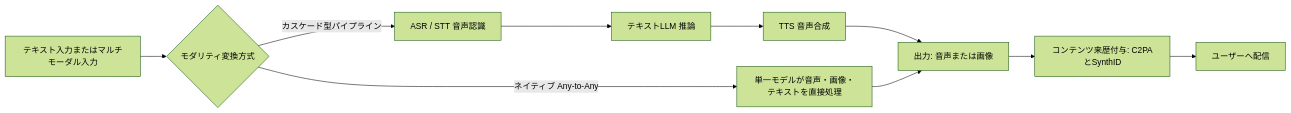
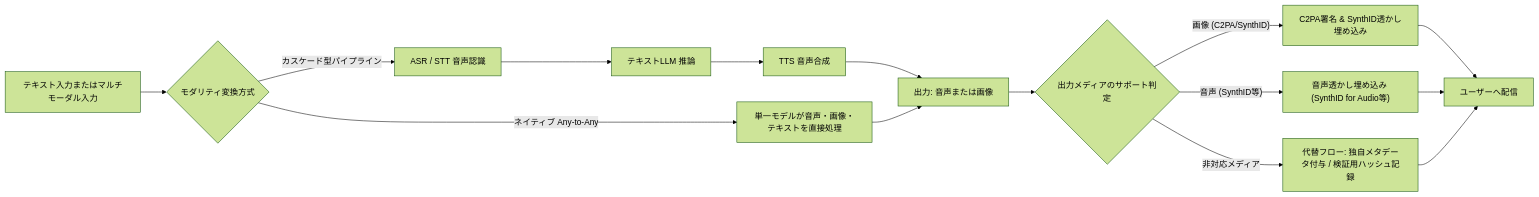
The first of 18 diagrams in Multimodal-image-audio-best-practices-2026.md (myoshi2891/Comparison-of-LLMs), drawn with Mermaid (forest theme) before and after one commit.

Commit message:
docs(multimodal): update provenance flow to branch by media type in mermaid

````diff
--- a/Multimodal-image-audio-best-practices-2026.md
+++ b/Multimodal-image-audio-best-practices-2026.md
@@ -39,12 +39,17 @@
 ```mermaid
 flowchart LR
     A["テキスト入力またはマルチモーダル入力"] --> B{"モダリティ変換方式"}
     B -->|"カスケード型パイプライン"| C["ASR / STT 音声認識"]
     C --> D["テキストLLM 推論"]
     D --> E["TTS 音声合成"]
     B -->|"ネイティブ Any-to-Any"| F["単一モデルが音声・画像・テキストを直接処理"]
     E --> G["出力: 音声または画像"]
     F --> G
-    G --> H["コンテンツ来歴付与: C2PAとSynthID"]
-    H --> I["ユーザーへ配信"]
+    G --> H{"出力メディアのサポート判定"}
+    H -->|"画像 (C2PA/SynthID)"| H1["C2PA署名 & SynthID透かし埋め込み"]
+    H -->|"音声 (SynthID等)"| H2["音声透かし埋め込み (SynthID for Audio等)"]
+    H -->|"非対応メディア"| H3["代替フロー: 独自メタデータ付与 / 検証用ハッシュ記録"]
+    H1 --> I["ユーザーへ配信"]
+    H2 --> I
+    H3 --> I
 ```
````
